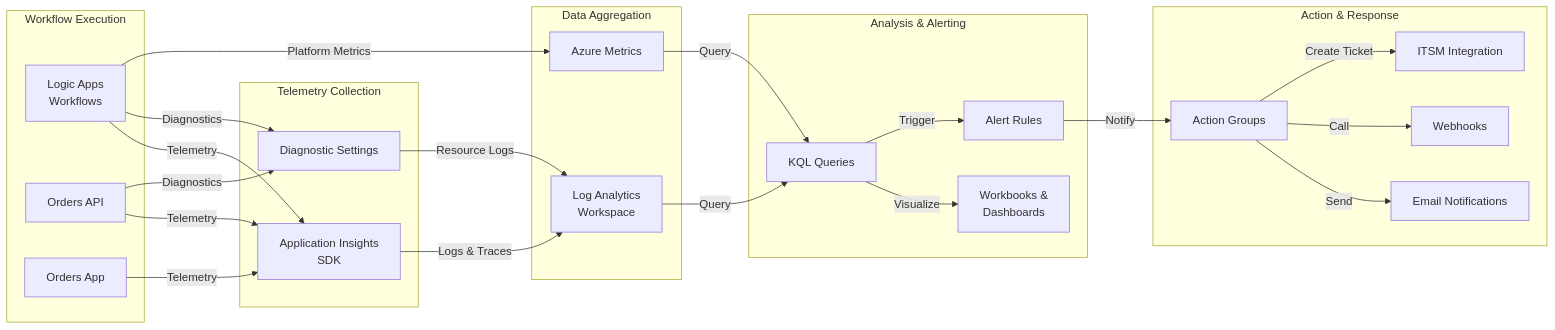
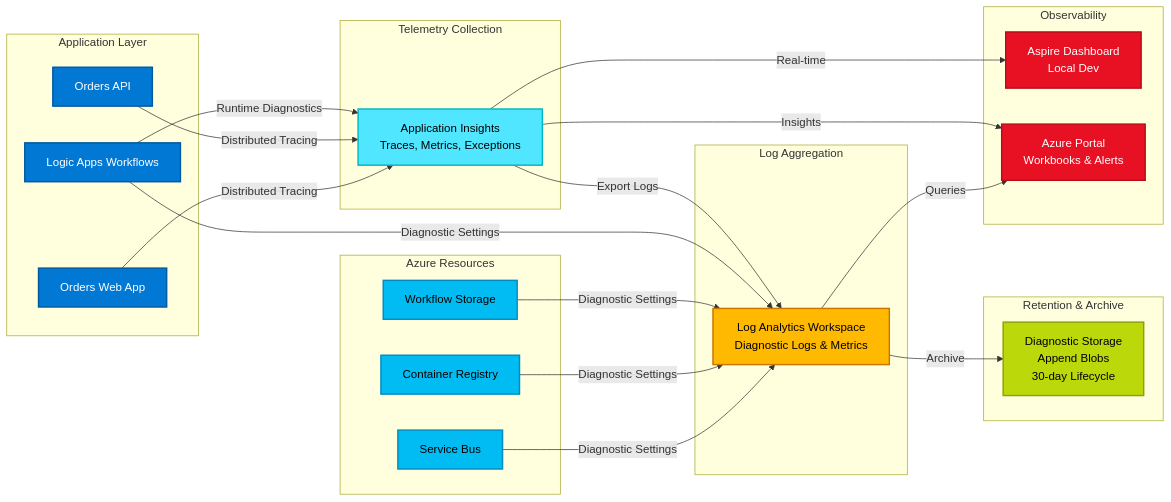
One commit to Evilazaro/Azure-LogicApps-Monitoring changed the third of 3 diagrams in README.md. Above: the diagram before and after it, drawn with Mermaid. The commit also changed other lines of this file, not shown here.

````diff
--- a/README.md
+++ b/README.md
@@ -237,53 +235,54 @@
 ```mermaid
 flowchart LR
-    subgraph "Workflow Execution"
-        LA[Logic Apps<br/>Workflows]
-        API[Orders API]
-        APP[Orders App]
+    subgraph "Application Layer"
+        APP1[Orders Web App]:::app
+        APP2[Orders API]:::app
+        APP3[Logic Apps Workflows]:::app
+    end
+
+    subgraph "Azure Resources"
+        SB[Service Bus]:::resource
+        ACR[Container Registry]:::resource
+        WFSA[Workflow Storage]:::resource
     end
 
     subgraph "Telemetry Collection"
-        AI[Application Insights<br/>SDK]
-        DIAG[Diagnostic Settings]
+        AI[Application Insights<br/>Traces, Metrics, Exceptions]:::telemetry
     end
 
-    subgraph "Data Aggregation"
-        LA_WS[Log Analytics<br/>Workspace]
-        METRICS[Azure Metrics]
+    subgraph "Log Aggregation"
+        LAW[Log Analytics Workspace<br/>Diagnostic Logs & Metrics]:::logs
     end
 
-    subgraph "Analysis & Alerting"
-        KQL[KQL Queries]
-        DASH[Workbooks &<br/>Dashboards]
-        ALERT[Alert Rules]
+    subgraph "Retention & Archive"
+        LOGSA[Diagnostic Storage<br/>Append Blobs<br/>30-day Lifecycle]:::storage
     end
 
-    subgraph "Action & Response"
-        AG[Action Groups]
-        EMAIL[Email Notifications]
-        WEBHOOK[Webhooks]
-        ITSM[ITSM Integration]
+    subgraph "Observability"
+        DASH[Aspire Dashboard<br/>Local Dev]:::observe
+        PORTAL[Azure Portal<br/>Workbooks & Alerts]:::observe
     end
 
-    LA -->|Telemetry| AI
-    API -->|Telemetry| AI
-    APP -->|Telemetry| AI
+    APP1 -->|Distributed Tracing| AI
+    APP2 -->|Distributed Tracing| AI
+    APP3 -->|Runtime Diagnostics| AI
+    
+    SB -->|Diagnostic Settings| LAW
+    ACR -->|Diagnostic Settings| LAW
+    WFSA -->|Diagnostic Settings| LAW
+    APP3 -->|Diagnostic Settings| LAW
+    
+    AI -->|Export Logs| LAW
+    LAW -->|Archive| LOGSA
+    
+    AI -->|Real-time| DASH
+    LAW -->|Queries| PORTAL
+    AI -->|Insights| PORTAL
 
-    LA -->|Diagnostics| DIAG
-    API -->|Diagnostics| DIAG
-
-    AI -->|Logs & Traces| LA_WS
-    DIAG -->|Resource Logs| LA_WS
-    LA -->|Platform Metrics| METRICS
-
-    LA_WS -->|Query| KQL
-    METRICS -->|Query| KQL
-
-    KQL -->|Visualize| DASH
-    KQL -->|Trigger| ALERT
-
-    ALERT -->|Notify| AG
-    AG -->|Send| EMAIL
-    AG -->|Call| WEBHOOK
-    AG -->|Create Ticket| ITSM
+    classDef app fill:#0078d4,stroke:#005a9e,stroke-width:2px,color:#fff
+    classDef resource fill:#00bcf2,stroke:#008cbf,stroke-width:2px,color:#000
+    classDef telemetry fill:#50e6ff,stroke:#00b7c3,stroke-width:2px,color:#000
+    classDef logs fill:#ffb900,stroke:#c77700,stroke-width:2px,color:#000
+    classDef storage fill:#bad80a,stroke:#8ba208,stroke-width:2px,color:#000
+    classDef observe fill:#e81123,stroke:#b80c1b,stroke-width:2px,color:#fff
 ```
````
